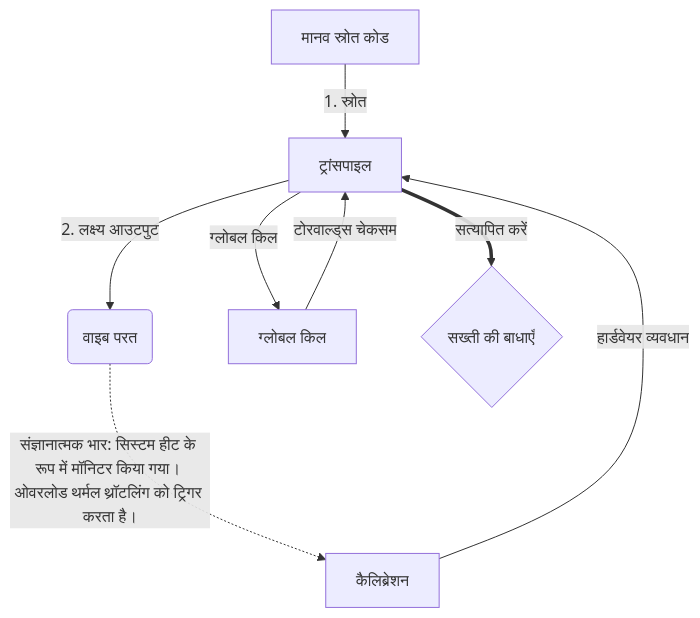
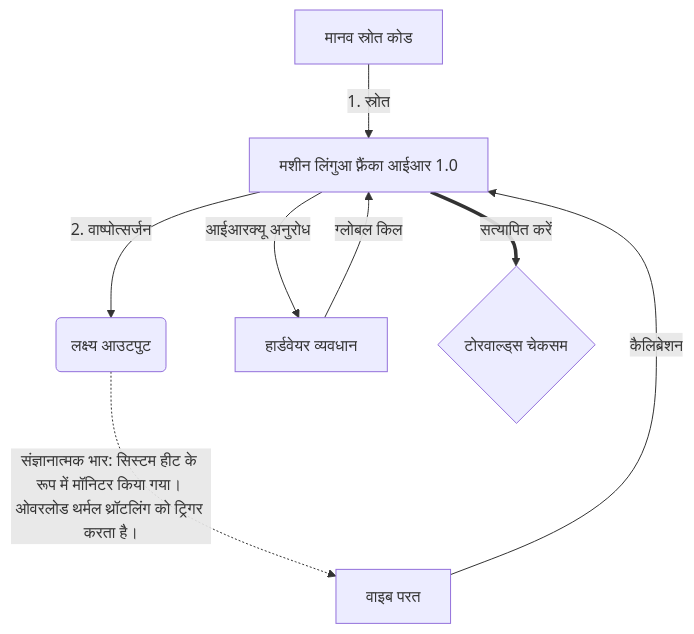
One commit to 0compute/machine changed the diagram in README.hacker.hi.md. Above: the diagram before and after it, drawn with Mermaid. The commit also changed other lines of this file and 103 other files, not shown here.

````diff
--- a/README.hacker.hi.md
+++ b/README.hacker.hi.md
@@ -93,10 +93,10 @@
 ```mermaid
 graph TD
-    A[मानव स्रोत कोड] -->|1. स्रोत| B[ट्रांसपाइल]
-    B -->|2. लक्ष्य आउटपुट| C(वाइब परत)
-    C -.->|संज्ञानात्मक भार: सिस्टम हीट के रूप में मॉनिटर किया गया। ओवरलोड थर्मल थ्रॉटलिंग को ट्रिगर करता है।| G[कैलिब्रेशन]
-    G -->|हार्डवेयर व्यवधान| B
-    B -->|ग्लोबल किल| H[ग्लोबल किल]
-    H -->|टोरवाल्ड्स चेकसम| B
-    B == सत्यापित करें ==> I{सख्ती की बाधाएँ}
+    A[मानव स्रोत कोड] -->|1. स्रोत| B[मशीन लिंगुआ फ़्रैंका आईआर 1.0]
+    B -->|2. वाष्पोत्सर्जन| C(लक्ष्य आउटपुट)
+    C -.->|संज्ञानात्मक भार: सिस्टम हीट के रूप में मॉनिटर किया गया। ओवरलोड थर्मल थ्रॉटलिंग को ट्रिगर करता है।| G[वाइब परत]
+    G -->|कैलिब्रेशन| B
+    B -->|आईआरक्यू अनुरोध| H[हार्डवेयर व्यवधान]
+    H -->|ग्लोबल किल| B
+    B == सत्यापित करें ==> I{टोरवाल्ड्स चेकसम}
 ```
````
